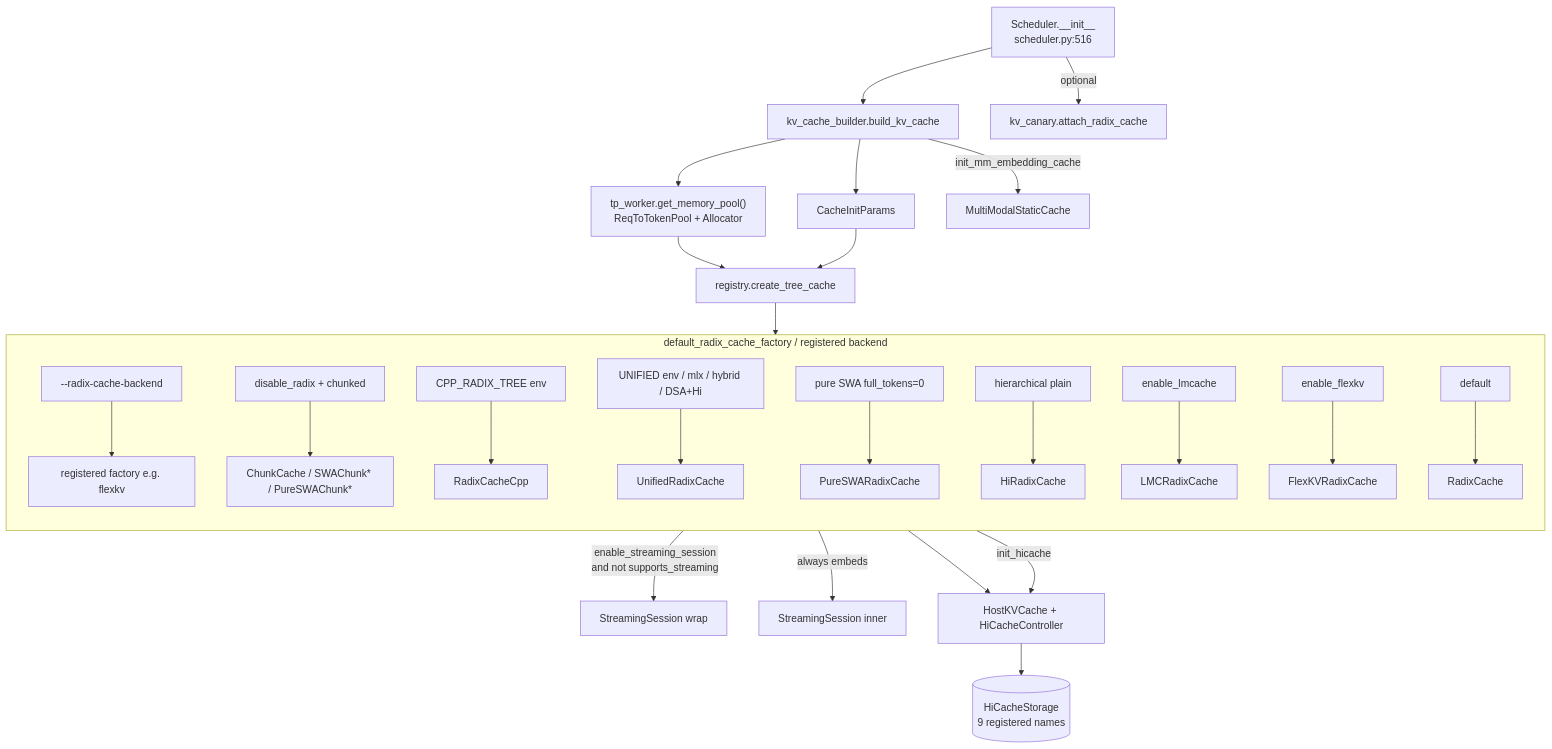
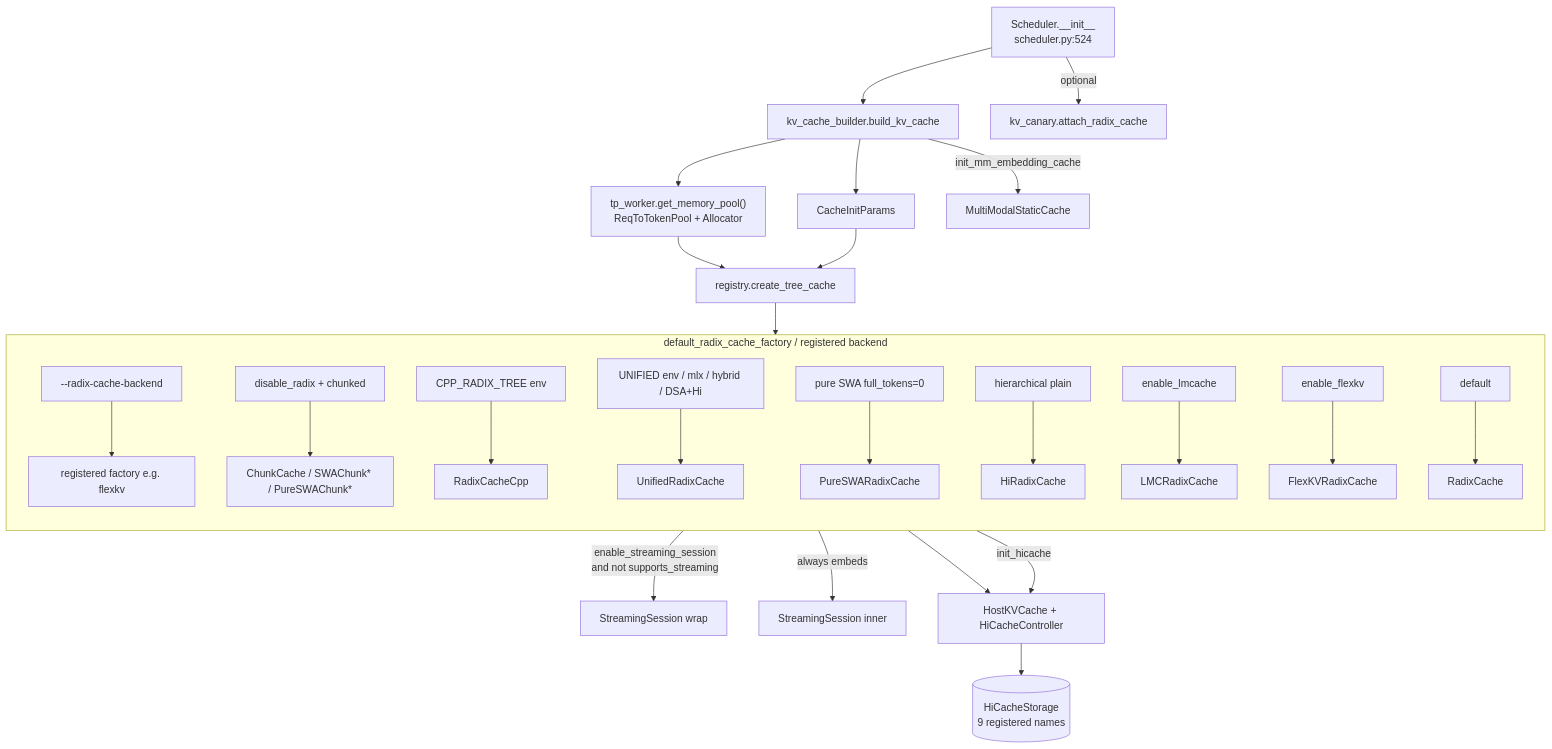
One commit to learning-sketch/wiki changed the diagram in sglang/topics/kv-cache.md. Above: the diagram before and after it, drawn with Mermaid. The commit also changed other lines of this file and 7 other files, not shown here.

````diff
--- a/sglang/topics/kv-cache.md
+++ b/sglang/topics/kv-cache.md
@@ -69,32 +73,32 @@
 ```mermaid
 flowchart TD
-    Sched["Scheduler.__init__<br/>scheduler.py:516"]
+    Sched["Scheduler.__init__<br/>scheduler.py:524"]
     Build["kv_cache_builder.build_kv_cache"]
     Pool["tp_worker.get_memory_pool()<br/>ReqToTokenPool + Allocator"]
     Params["CacheInitParams"]
     Create["registry.create_tree_cache"]
     Sched --> Build
     Build --> Pool & Params --> Create
 
     subgraph Factory["default_radix_cache_factory / registered backend"]
       direction TB
       B["--radix-cache-backend"] --> Reg[registered factory e.g. flexkv]
       D1[disable_radix + chunked] --> Chunk[ChunkCache / SWAChunk* / PureSWAChunk*]
       D2[CPP_RADIX_TREE env] --> Cpp[RadixCacheCpp]
       D3[UNIFIED env / mlx / hybrid / DSA+Hi] --> Uni[UnifiedRadixCache]
       D4[pure SWA full_tokens=0] --> PureSWA[PureSWARadixCache]
       D5[hierarchical plain] --> Hi[HiRadixCache]
       D6[enable_lmcache] --> LMC[LMCRadixCache]
       D7[enable_flexkv] --> Flex[FlexKVRadixCache]
       D8[default] --> RC[RadixCache]
     end
 
     Create --> Factory
     Factory -->|enable_streaming_session<br/>and not supports_streaming| SS[StreamingSession wrap]
     Uni -->|always embeds| SS2[StreamingSession inner]
     Hi --> Host[HostKVCache + HiCacheController]
     Uni -->|init_hicache| Host
     Host --> Store[(HiCacheStorage<br/>9 registered names)]
     Build -->|init_mm_embedding_cache| MM[MultiModalStaticCache]
     Sched -->|optional| Canary[kv_canary.attach_radix_cache]
 ```
````
